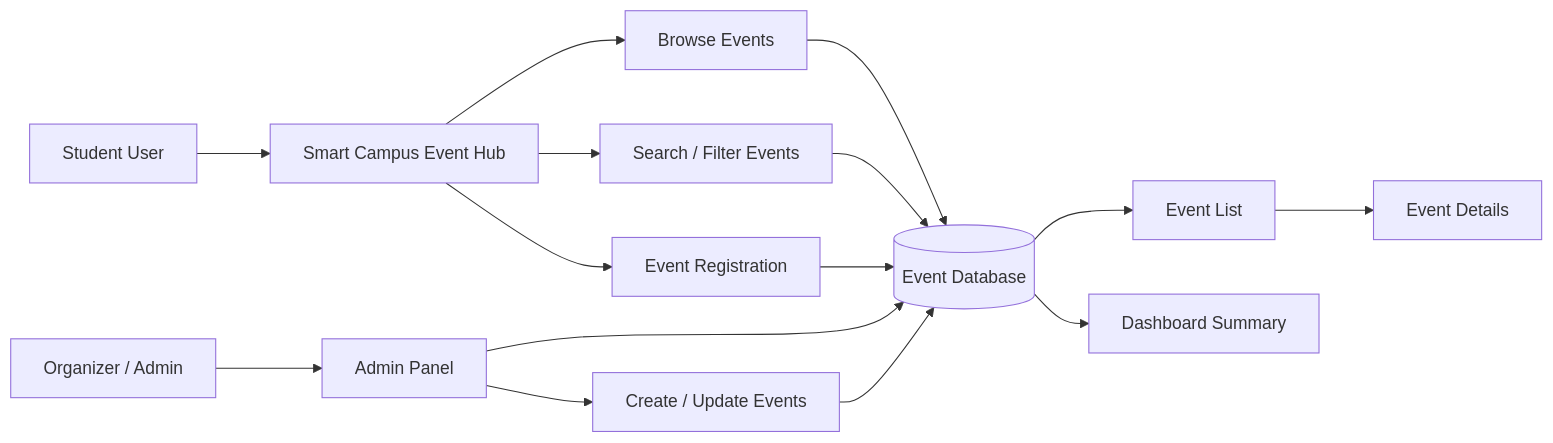
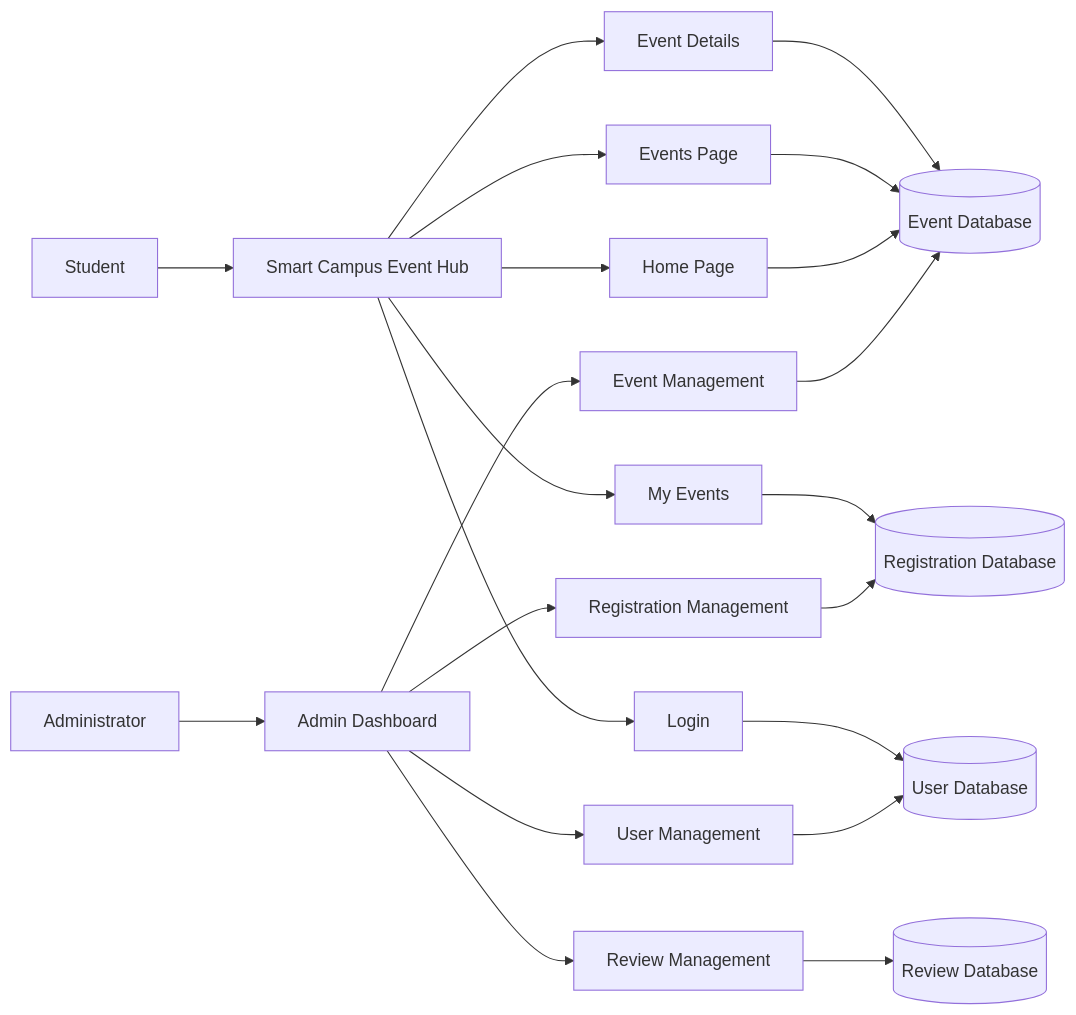
The diagram in diagrams/system-architecture.mmd (sonamd6807456/ICT105-DRUK-MVP), drawn with Mermaid before and after one commit.

```diff
--- a/diagrams/system-architecture.mmd
+++ b/diagrams/system-architecture.mmd
@@ -1,18 +1,33 @@
 flowchart LR
-    U[Student User] --> UI[Smart Campus Event Hub]
-    UI --> BROWSE[Browse Events]
-    UI --> SEARCH[Search / Filter Events]
-    UI --> REGISTER[Event Registration]
 
-    BROWSE --> STORE[(Event Database)]
-    SEARCH --> STORE
-    REGISTER --> STORE
+    Student[Student]
+    Admin[Administrator]
 
-    STORE --> LIST[Event List]
-    LIST --> DETAIL[Event Details]
-    STORE --> DASH[Dashboard Summary]
+    Student --> UI[Smart Campus Event Hub]
 
-    ADMIN[Organizer / Admin] --> PANEL[Admin Panel]
-    PANEL --> STORE
-    PANEL --> MANAGE[Create / Update Events]
-    MANAGE --> STORE
+    UI --> Home[Home Page]
+    UI --> Events[Events Page]
+    UI --> Details[Event Details]
+    UI --> Login[Login]
+    UI --> MyEvents[My Events]
+
+    Admin --> Dashboard[Admin Dashboard]
+
+    Dashboard --> EventManagement[Event Management]
+    Dashboard --> RegistrationManagement[Registration Management]
+    Dashboard --> ReviewManagement[Review Management]
+    Dashboard --> UserManagement[User Management]
+
+    EventManagement --> EventDB[(Event Database)]
+
+    RegistrationManagement --> RegistrationDB[(Registration Database)]
+
+    ReviewManagement --> ReviewDB[(Review Database)]
+
+    UserManagement --> UserDB[(User Database)]
+
+    Home --> EventDB
+    Events --> EventDB
+    Details --> EventDB
+    MyEvents --> RegistrationDB
+    Login --> UserDB
```
